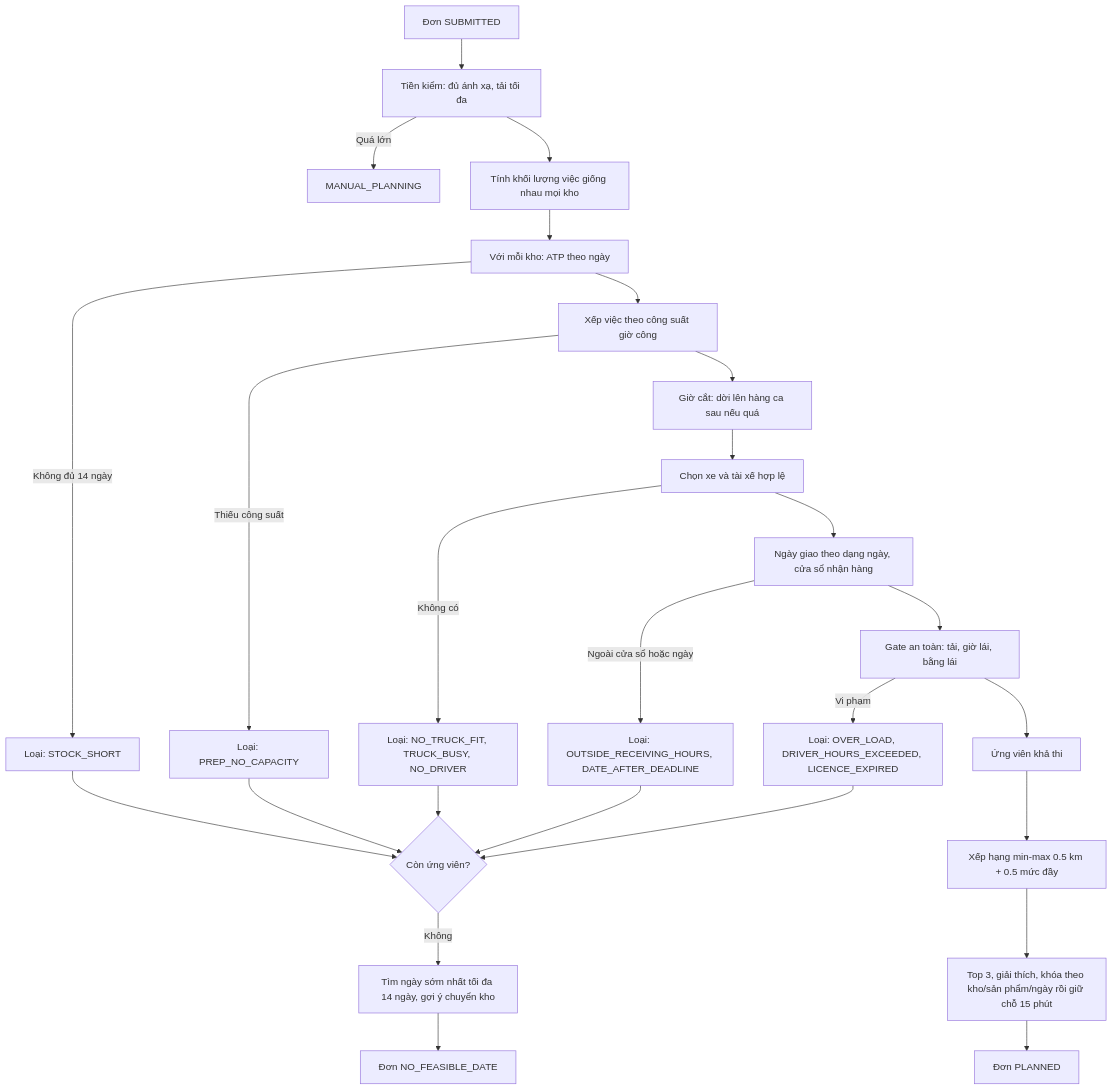
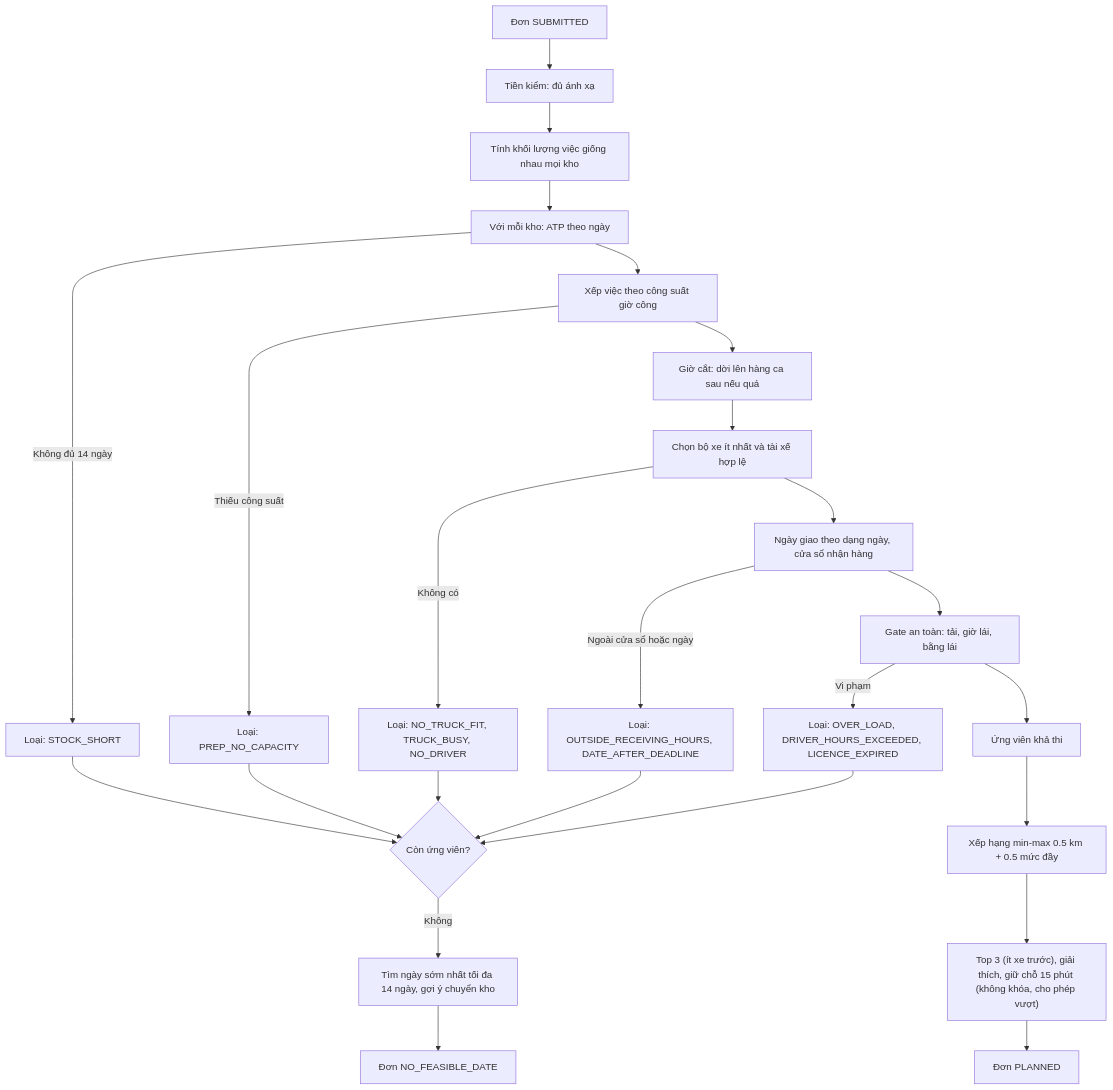
One commit to qaztyhn/cfo-itconsultant changed the third of 13 diagrams in docs/07_User_Flows.md. Above: the diagram before and after it, drawn with Mermaid. The commit also changed other lines of this file and 72 other files, not shown here.

````diff
--- a/docs/07_User_Flows.md
+++ b/docs/07_User_Flows.md
@@ -79,28 +79,27 @@
 ```mermaid
 flowchart TD
-  A["Đơn SUBMITTED"] --> B["Tiền kiểm: đủ ánh xạ, tải tối đa"]
-  B -- "Quá lớn" --> M["MANUAL_PLANNING"]
+  A["Đơn SUBMITTED"] --> B["Tiền kiểm: đủ ánh xạ"]
   B --> C["Tính khối lượng việc giống nhau mọi kho"]
   C --> D["Với mỗi kho: ATP theo ngày"]
   D -- "Không đủ 14 ngày" --> X1["Loại: STOCK_SHORT"]
   D --> E["Xếp việc theo công suất giờ công"]
   E -- "Thiếu công suất" --> X2["Loại: PREP_NO_CAPACITY"]
   E --> F["Giờ cắt: dời lên hàng ca sau nếu quá"]
-  F --> G["Chọn xe và tài xế hợp lệ"]
+  F --> G["Chọn bộ xe ít nhất và tài xế hợp lệ"]
   G -- "Không có" --> X3["Loại: NO_TRUCK_FIT, TRUCK_BUSY, NO_DRIVER"]
   G --> H["Ngày giao theo dạng ngày, cửa sổ nhận hàng"]
   H -- "Ngoài cửa sổ hoặc ngày" --> X4["Loại: OUTSIDE_RECEIVING_HOURS, DATE_AFTER_DEADLINE"]
   H --> I["Gate an toàn: tải, giờ lái, bằng lái"]
   I -- "Vi phạm" --> X5["Loại: OVER_LOAD, DRIVER_HOURS_EXCEEDED, LICENCE_EXPIRED"]
   I --> J["Ứng viên khả thi"]
   J --> K["Xếp hạng min-max 0.5 km + 0.5 mức đầy"]
-  K --> L["Top 3, giải thích, khóa theo kho/sản phẩm/ngày rồi giữ chỗ 15 phút"]
+  K --> L["Top 3 (ít xe trước), giải thích, giữ chỗ 15 phút (không khóa, cho phép vượt)"]
   L --> P["Đơn PLANNED"]
   X1 --> Z{"Còn ứng viên?"}
   X2 --> Z
   X3 --> Z
   X4 --> Z
   X5 --> Z
   Z -- "Không" --> N["Tìm ngày sớm nhất tối đa 14 ngày, gợi ý chuyển kho"]
   N --> Q["Đơn NO_FEASIBLE_DATE"]
 ```
````
